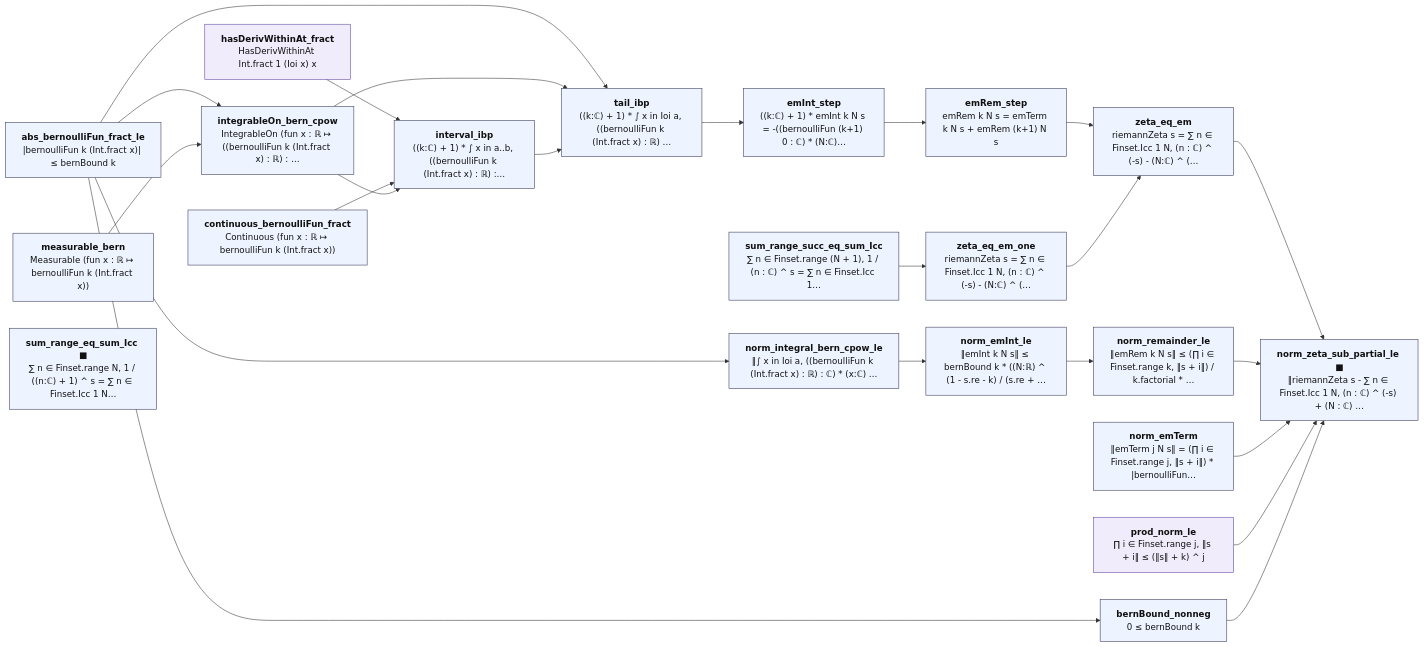
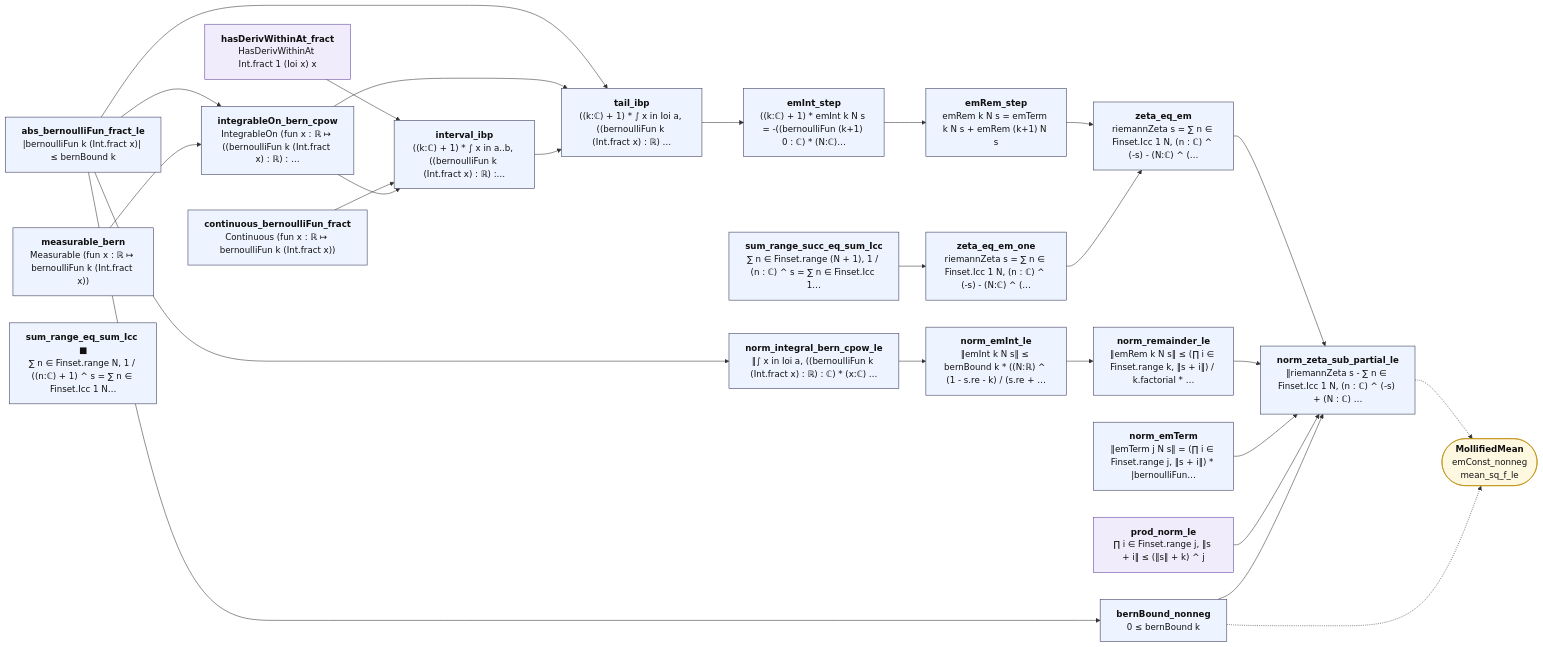
Before and after one commit to juliansambranojr/Primebeat_081426: the diagram in map/lean_stage3/ZetaEM.mmd, drawn with Mermaid. The commit also changed 33 other files, not shown here.

First line of the commit message:
C4: the mean square of zeta times the mollifier, less one, on a vertical line (unit 0451)

```diff
--- a/map/lean_stage3/ZetaEM.mmd
+++ b/map/lean_stage3/ZetaEM.mmd
@@ -1,51 +1,54 @@
 flowchart LR
   n0["<b>hasDerivWithinAt_fract</b><br/>HasDerivWithinAt Int.fract 1 (Ioi x) x"]:::shp
   n1["<b>continuous_bernoulliFun_fract</b><br/>Continuous (fun x : ℝ ↦ bernoulliFun k (Int.fract x))"]:::thm
   n2["<b>abs_bernoulliFun_fract_le</b><br/>|bernoulliFun k (Int.fract x)| ≤ bernBound k"]:::thm
   n3["<b>bernBound_nonneg</b><br/>0 ≤ bernBound k"]:::thm
   n4["<b>measurable_bern</b><br/>Measurable (fun x : ℝ ↦ bernoulliFun k (Int.fract x))"]:::thm
   n5["<b>integrableOn_bern_cpow</b><br/>IntegrableOn (fun x : ℝ ↦ ((bernoulliFun k (Int.fract x) : ℝ) : …"]:::thm
   n6["<b>norm_integral_bern_cpow_le</b><br/>‖∫ x in Ioi a, ((bernoulliFun k (Int.fract x) : ℝ) : ℂ) * (x:ℂ) …"]:::thm
   n7["<b>interval_ibp</b><br/>((k:ℂ) + 1) * ∫ x in a..b, ((bernoulliFun k (Int.fract x) : ℝ) :…"]:::thm
   n8["<b>tail_ibp</b><br/>((k:ℂ) + 1) * ∫ x in Ioi a, ((bernoulliFun k (Int.fract x) : ℝ) …"]:::thm
   n9["<b>emInt_step</b><br/>((k:ℂ) + 1) * emInt k N s = -((bernoulliFun (k+1) 0 : ℂ) * (N:ℂ)…"]:::thm
   n10["<b>emRem_step</b><br/>emRem k N s = emTerm k N s + emRem (k+1) N s"]:::thm
   n11["<b>sum_range_succ_eq_sum_Icc</b><br/>∑ n ∈ Finset.range (N + 1), 1 / (n : ℂ) ^ s = ∑ n ∈ Finset.Icc 1…"]:::thm
   n12["<b>sum_range_eq_sum_Icc ■</b><br/>∑ n ∈ Finset.range N, 1 / ((n:ℂ) + 1) ^ s = ∑ n ∈ Finset.Icc 1 N…"]:::thm
   n13["<b>zeta_eq_em_one</b><br/>riemannZeta s = ∑ n ∈ Finset.Icc 1 N, (n : ℂ) ^ (-s) - (N:ℂ) ^ (…"]:::thm
   n14["<b>zeta_eq_em</b><br/>riemannZeta s = ∑ n ∈ Finset.Icc 1 N, (n : ℂ) ^ (-s) - (N:ℂ) ^ (…"]:::thm
   n15["<b>norm_emInt_le</b><br/>‖emInt k N s‖ ≤ bernBound k * ((N:ℝ) ^ (1 - s.re - k) / (s.re + …"]:::thm
   n16["<b>norm_remainder_le</b><br/>‖emRem k N s‖ ≤ (∏ i ∈ Finset.range k, ‖s + i‖) / k.factorial * …"]:::thm
   n17["<b>norm_emTerm</b><br/>‖emTerm j N s‖ = (∏ i ∈ Finset.range j, ‖s + i‖) * |bernoulliFun…"]:::thm
   n18["<b>prod_norm_le</b><br/>∏ i ∈ Finset.range j, ‖s + i‖ ≤ (‖s‖ + k) ^ j"]:::shp
-  n19["<b>norm_zeta_sub_partial_le ■</b><br/>‖riemannZeta s - ∑ n ∈ Finset.Icc 1 N, (n : ℂ) ^ (-s) + (N : ℂ) …"]:::thm
+  n19["<b>norm_zeta_sub_partial_le</b><br/>‖riemannZeta s - ∑ n ∈ Finset.Icc 1 N, (n : ℂ) ^ (-s) + (N : ℂ) …"]:::thm
+  x0(["<b>MollifiedMean</b><br/>emConst_nonneg<br/>mean_sq_f_le"]):::ext
   n0 --> n7
   n1 --> n7
   n10 --> n14
   n11 --> n13
   n13 --> n14
   n14 --> n19
   n15 --> n16
   n16 --> n19
   n17 --> n19
   n18 --> n19
   n2 --> n3
   n2 --> n5
   n2 --> n6
   n2 --> n8
   n3 --> n19
   n4 --> n5
   n5 --> n7
   n5 --> n8
   n6 --> n15
   n7 --> n8
   n8 --> n9
   n9 --> n10
+  n19 -.-> x0
+  n3 -.-> x0
   classDef cnt fill:#dff5ec,stroke:#17694a,color:#111
   classDef shp fill:#f1ecfb,stroke:#5b3fa0,color:#111
   classDef rh fill:#ffe5e5,stroke:#c22,color:#111,stroke-width:2px
   classDef thm fill:#eef4ff,stroke:#335,color:#111
   classDef end_ fill:#e7f7e7,stroke:#2a7,color:#111,stroke-width:2px
   classDef lone fill:#fff,stroke:#999,color:#111,stroke-dasharray:4 3
   classDef bad fill:#ffe5e5,stroke:#c22,color:#111,stroke-width:2px
   classDef ext fill:#fff8e1,stroke:#b80,color:#111
```
